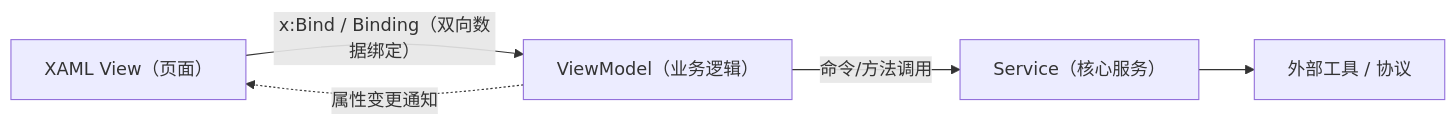
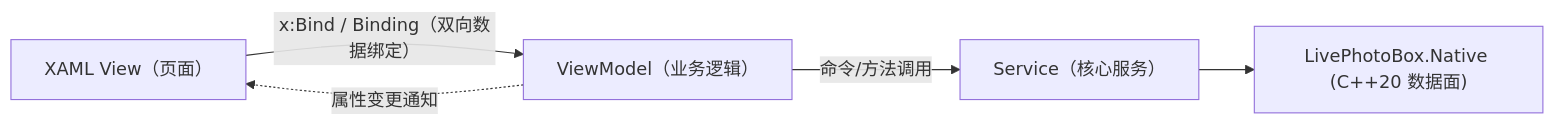
The second of 4 diagrams in docs/项目总览.md (LengxiQwQ/live-photo-box), drawn with Mermaid before and after one commit. The commit also changed other lines of this file and 23 other files, not shown here.

````diff
--- a/docs/项目总览.md
+++ b/docs/项目总览.md
@@ -827,7 +819,7 @@
 ```mermaid
 graph LR
     View["XAML View（页面）"] -->|"x:Bind / Binding（双向数据绑定）"| VM["ViewModel（业务逻辑）"]
     VM -->|"命令/方法调用"| Service["Service（核心服务）"]
-    Service --> External["外部工具 / 协议"]
+    Service --> Native["LivePhotoBox.Native (C++20 数据面)"]
     VM -.->|"属性变更通知"| View
 ```
````
